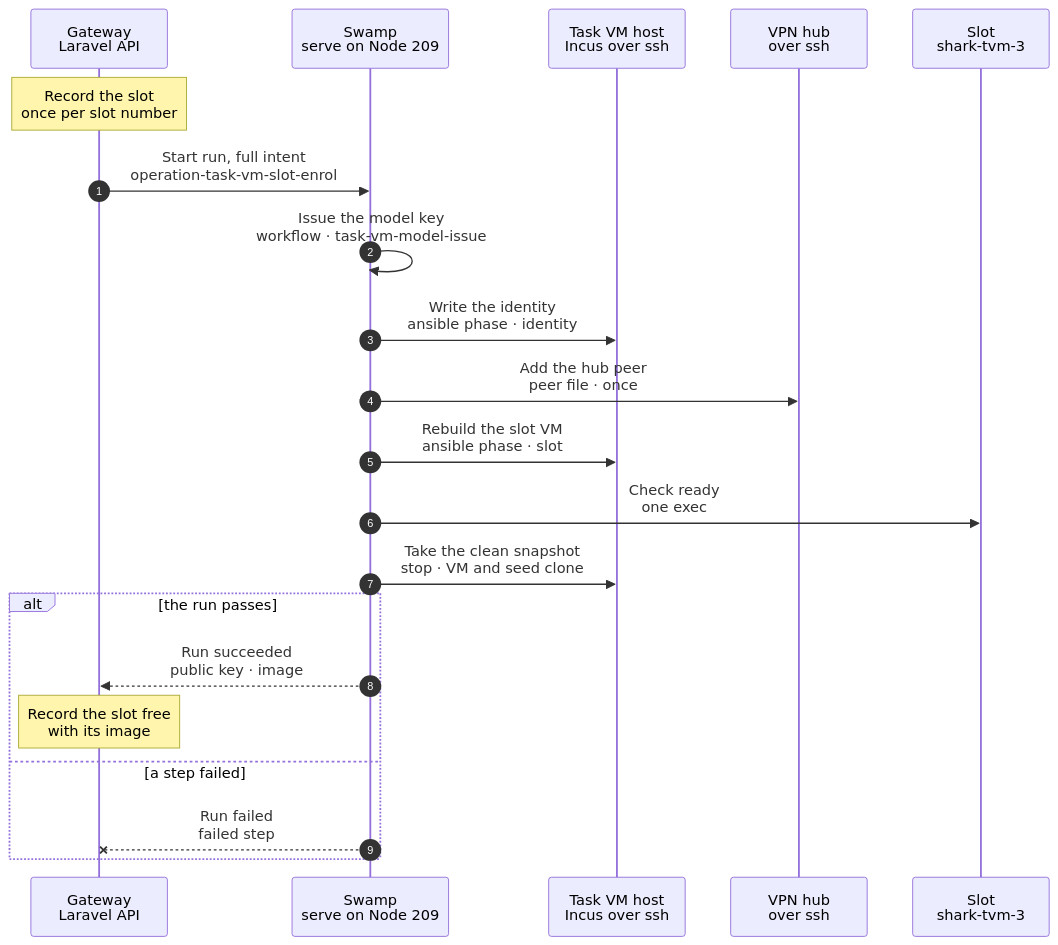
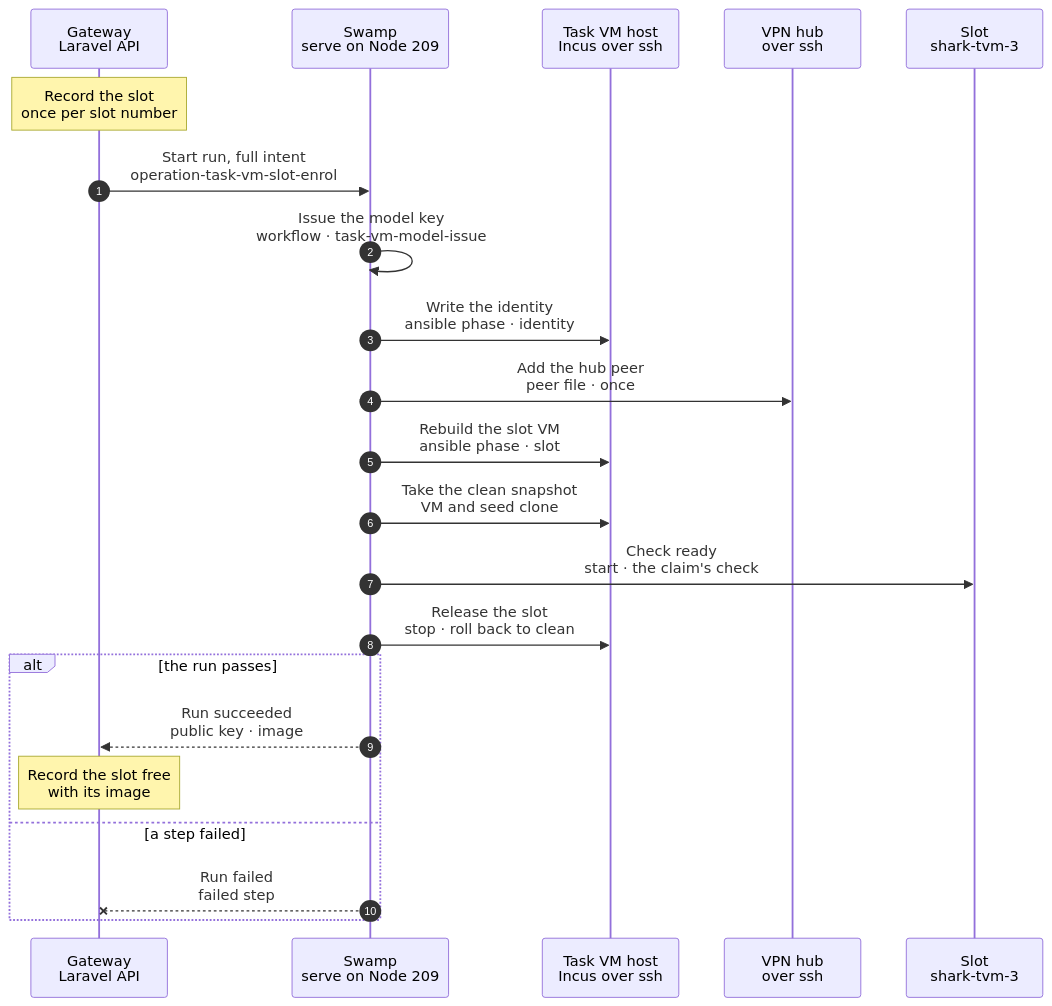
The diagram in docs/cli/tasks/vm-slot-enrol.mmd (hardimpactdev/orbit), drawn with Mermaid before and after one commit. The commit also changed 5 other files, not shown here.

First line of the commit message:
docs(tasks): enrol takes clean before its ready check; drop leftover old steps

```diff
--- a/docs/cli/tasks/vm-slot-enrol.mmd
+++ b/docs/cli/tasks/vm-slot-enrol.mmd
@@ -1,69 +1,71 @@
 sequenceDiagram
   %% Target design (Nick 2026-11-07): task VMs are fixed, reused slots named <node>-tvm-<slot>. Each slot is a permanent Orbit Node whose identity is written once, here. A claim (docs/cli/tasks/provision.mmd) only starts it; a release (docs/cli/tasks/vm-slot-release.mmd) rolls it back to `clean`. Decided by the orchestrator from that end state: the identity lives on a small volume per slot on the host, so a slot keeps it when it is rebuilt from a new image.
   %% status: draft
   %% command: none · enrol or re-enrol one slot
   %% kind: task_vm.slot_enrol
   autonumber
   %% lane GW icon=gateway pill=intent tone=blue
   %% lane SW icon=workflow pill=executes tone=green
   %% lane H icon=server pill=target tone=amber
   %% lane HUB icon=server pill=target tone=purple
   %% lane VM icon=server pill=slot tone=purple
   participant GW as Gateway<br/>Laravel API
   participant SW as Swamp<br/>serve on Node 209
   participant H as Task VM host<br/>Incus over ssh
   participant HUB as VPN hub<br/>over ssh
   participant VM as Slot<br/>shark-tvm-3
   Note over GW: Record the slot<br/>once per slot number
   %%> Started by:
   %%> - the `slots` count of a task VM host (`node:update`): one enrol per missing slot, one at a time
   %%> - the image refresh: it re-enrols the first idle slot from the candidate, then each other idle slot after the promotion, one at a time
   %%> - a release, when the slot's image is no longer the host's promoted image
   %%> Requirements:
   %%> - an active task VM host, and no group holds the slot
   %%> Result on the first enrol only:
   %%> - the Node `shark-tvm-3` with its `app-dev` role, WireGuard address, agent secret, the `pi-server` Process with its Pi token, and the workspace Instance at the fixed checkout path
   %%> - the agent secret and the Pi token go to the vault; the run inputs hold only their key names
   %%> A re-enrol writes no record: the slot keeps all of them
   GW->>SW: Start run, full intent<br/>operation-task-vm-slot-enrol
   SW->>SW: Issue the model key<br/>workflow · task-vm-model-issue
   %%> What it does:
   %%> - makes the slot's model key and registers it with the model router; the key stays in the run and goes only into the identity volume
   %%> Guard:
   %%> - skipped when the slot has its model key; a key is revoked only when the slot is retired
   SW->>H: Write the identity<br/>ansible phase · identity
   %%> What it does:
   %%> - creates the volume `shark-tvm-3-identity` once
   %%> - makes the WireGuard key pair and the SSH host keys in the volume, and writes the agent secret, the Pi token, the model key, the hostname and the WireGuard address
   %%> - prints only the WireGuard public key and the host key fingerprint
   %%> Fixed:
   %%> - a key or secret that exists is never made again, so every rebuild keeps the slot's identity; a private key never leaves the host
   SW->>HUB: Add the hub peer<br/>peer file · once
   %%> What it does:
   %%> - writes the slot's peer file from the public key above and reloads the hub
   %%> Guard:
   %%> - skipped when the peer file already matches; a claim or a release never touches the hub
   SW->>H: Rebuild the slot VM<br/>ansible phase · slot
   %%> What it does:
-  %%> - deletes the slot's VM and its seed clone when they exist
-  %%> - clones the seed of the host's promoted image (the candidate, for the refresh), and creates `shark-tvm-3` from that image with the seed clone, the identity volume, its fixed address and MAC
-  %%> - starts it; the image's identity unit installs the identity before sshd, WireGuard, the agent and Pi start
-  SW->>VM: Check ready<br/>one exec
+  %%> - deletes the slot's VM, its snapshots and its seed clone when they exist
+  %%> - clones the seed of the host's promoted image (the candidate, for the refresh), and creates `shark-tvm-3`, stopped, from that image with the seed clone, the identity volume, its fixed address and MAC
+  SW->>H: Take the clean snapshot<br/>VM and seed clone
   %%> What it does:
-  %%> - the same check as a claim: the agent, Pi, the tunnel and the three containers; Swamp's `assert` decides
-  SW->>H: Take the clean snapshot<br/>stop · VM and seed clone
+  %%> - snapshots the stopped VM and its seed clone as `clean`; a release rolls back to it, so every claim boots the same disk
+  SW->>VM: Check ready<br/>start · the claim's check
   %%> What it does:
-  %%> - stops the slot, then snapshots the VM and its seed clone as `clean`; a release rolls back to it
-  %%> - a stopped slot holds disk, not memory
+  %%> - starts the slot; the image's identity unit installs the identity before sshd, WireGuard, the agent and Pi start
+  %%> - then the same check as a claim: the agent, Pi, the tunnel and the three containers; Swamp's `assert` decides
+  SW->>H: Release the slot<br/>stop · roll back to clean
+  %%> What it does:
+  %%> - the steps of a release (docs/cli/tasks/vm-slot-release.mmd): the slot ends stopped at `clean`, and a stopped slot holds disk, not memory
   alt the run passes
     SW-->>GW: Run succeeded<br/>public key · image
     Note over GW: Record the slot free<br/>with its image
     %%> Result:
     %%> - records the WireGuard public key and host key on the first enrol, and the image fingerprint on every enrol
     %%> - the slot is `free`
   else a step failed
     SW--xGW: Run failed<br/>failed step
     %%> On failure:
     %%> - the slot is `failed` and no claim takes it; the identity volume and the hub peer stay
     %%> - running the enrol again is safe: it keeps the keys and rebuilds the VM
   end
```
